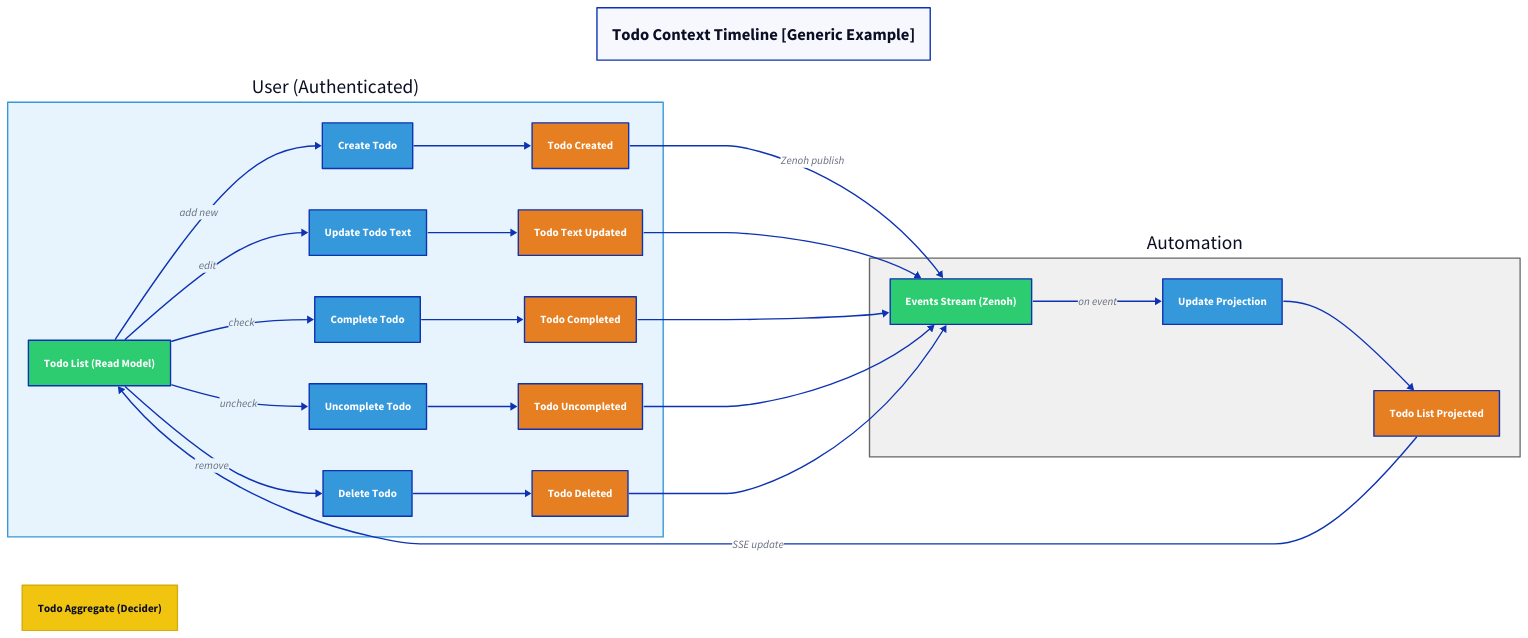
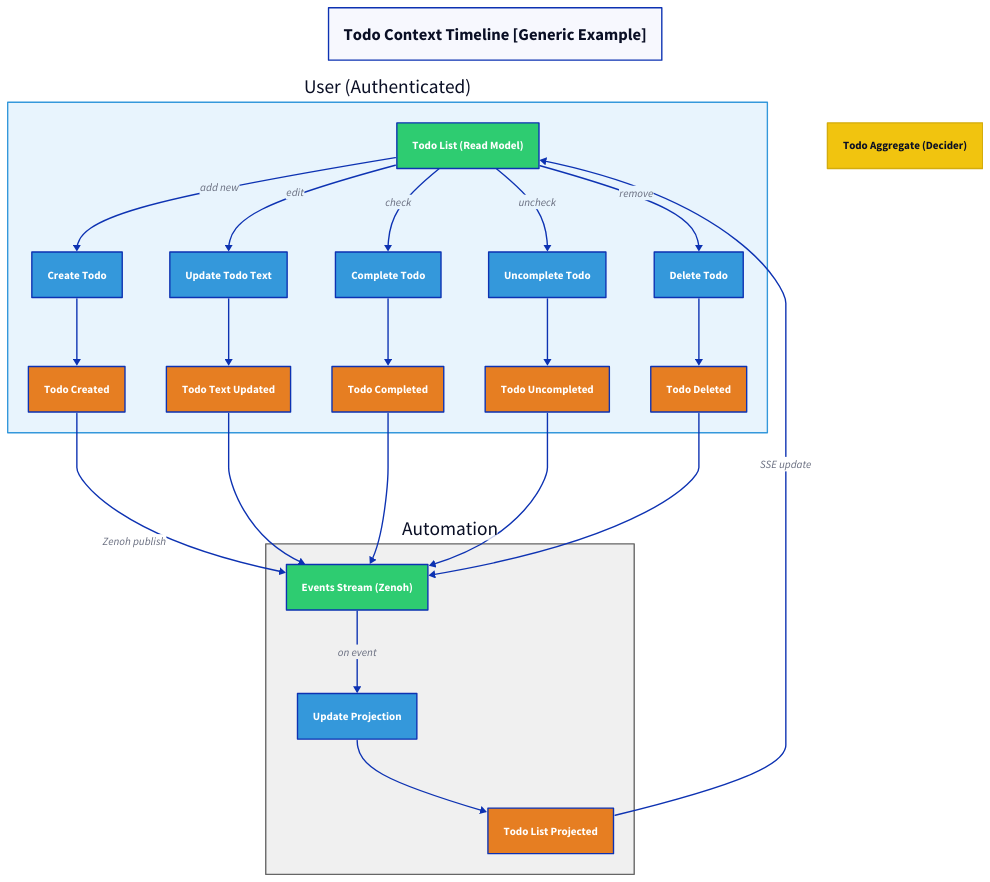
One commit to sciexp/ironstar changed the diagram in docs/notes/event-modeling/d2/todo-context-timeline.d2. Above: the diagram before and after it, drawn with D2. The commit also changed 2 other files, not shown here.

Commit message:
fix(d2): orient diagrams down

```diff
--- a/docs/notes/event-modeling/d2/todo-context-timeline.d2
+++ b/docs/notes/event-modeling/d2/todo-context-timeline.d2
@@ -1,119 +1,119 @@
 # Todo Context Event Timeline
 # Bounded Context: Todo [Generic Example]
 # Partnership with Analytics: events flow to projections
 
-direction: right
+direction: down
 
 title: "Todo Context Timeline [Generic Example]" {
   near: top-center
   style.font-size: 24
   style.bold: true
 }
 
 # Actor Swimlanes
 user: "User (Authenticated)" {
   style.fill: "#e8f4fd"
   style.stroke: "#3498db"
 
   todo_list: "Todo List (Read Model)" {
     style.fill: "#2ecc71"
     style.font-color: "#fff"
   }
 
   create_todo: "Create Todo" {
     style.fill: "#3498db"
     style.font-color: "#fff"
   }
 
   todo_created: "Todo Created" {
     style.fill: "#e67e22"
     style.font-color: "#fff"
   }
 
   update_text: "Update Todo Text" {
     style.fill: "#3498db"
     style.font-color: "#fff"
   }
 
   text_updated: "Todo Text Updated" {
     style.fill: "#e67e22"
     style.font-color: "#fff"
   }
 
   complete_todo: "Complete Todo" {
     style.fill: "#3498db"
     style.font-color: "#fff"
   }
 
   todo_completed: "Todo Completed" {
     style.fill: "#e67e22"
     style.font-color: "#fff"
   }
 
   uncomplete_todo: "Uncomplete Todo" {
     style.fill: "#3498db"
     style.font-color: "#fff"
   }
 
   todo_uncompleted: "Todo Uncompleted" {
     style.fill: "#e67e22"
     style.font-color: "#fff"
   }
 
   delete_todo: "Delete Todo" {
     style.fill: "#3498db"
     style.font-color: "#fff"
   }
 
   todo_deleted: "Todo Deleted" {
     style.fill: "#e67e22"
     style.font-color: "#fff"
   }
 
   todo_list -> create_todo: "add new"
   create_todo -> todo_created
   todo_list -> update_text: "edit"
   update_text -> text_updated
   todo_list -> complete_todo: "check"
   complete_todo -> todo_completed
   todo_list -> uncomplete_todo: "uncheck"
   uncomplete_todo -> todo_uncompleted
   todo_list -> delete_todo: "remove"
   delete_todo -> todo_deleted
 }
 
 automation: "Automation" {
   style.fill: "#f0f0f0"
   style.stroke: "#666"
 
   events_stream: "Events Stream (Zenoh)" {
     style.fill: "#2ecc71"
     style.font-color: "#fff"
   }
 
   update_projection: "Update Projection" {
     style.fill: "#3498db"
     style.font-color: "#fff"
   }
 
   list_projected: "Todo List Projected" {
     style.fill: "#e67e22"
     style.font-color: "#fff"
   }
 
   events_stream -> update_projection: "on event"
   update_projection -> list_projected
 }
 
 todo_aggregate: "Todo Aggregate (Decider)" {
   style.fill: "#f1c40f"
   style.stroke: "#d4ac0d"
   style.stroke-width: 2
 }
 
 user.todo_created -> automation.events_stream: "Zenoh publish"
 user.text_updated -> automation.events_stream
 user.todo_completed -> automation.events_stream
 user.todo_uncompleted -> automation.events_stream
 user.todo_deleted -> automation.events_stream
 automation.list_projected -> user.todo_list: "SSE update"
```
